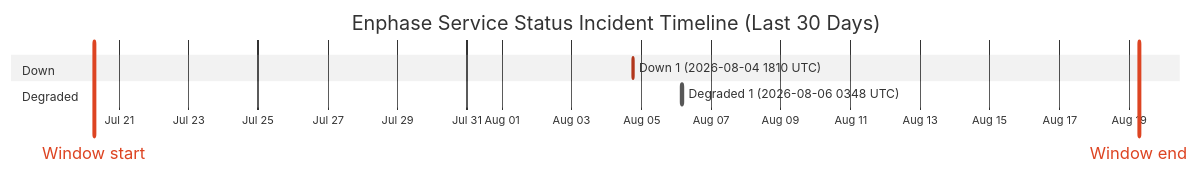
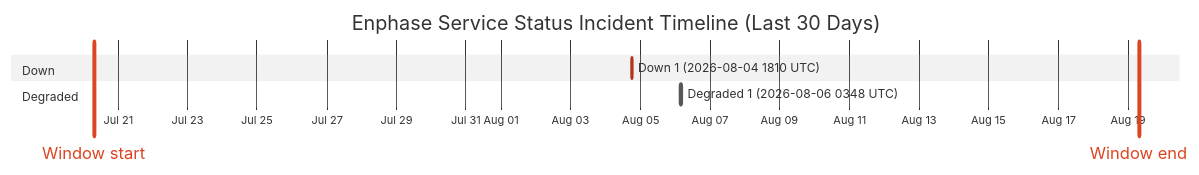
One commit to barneyonline/ha-enphase-energy changed the diagram in wiki/Service-Status-History.md. Above: the diagram before and after it, drawn with Mermaid (neutral theme). The commit also changed other lines of this file and 3 other files, not shown here.

````diff
--- a/wiki/Service-Status-History.md
+++ b/wiki/Service-Status-History.md
@@ -14,12 +14,12 @@
 ```mermaid
 gantt
     title Enphase Service Status Incident Timeline (Last 30 Days)
     dateFormat  YYYY-MM-DDTHH:mm:ss
     axisFormat  %b %d
-    Window start :vert, window-start, 2026-07-20T06:48:52, 0ms
-    Window end :vert, window-end, 2026-08-19T06:48:52, 0ms
+    Window start :vert, window-start, 2026-07-20T07:36:05, 0ms
+    Window end :vert, window-end, 2026-08-19T07:36:05, 0ms
     section Down
     Down 1 (2026-08-04 1810 UTC) :crit, down-1, 2026-08-04T18:10:46, 60m
     section Degraded
     Degraded 1 (2026-08-06 0348 UTC) :active, degraded-1, 2026-08-06T03:48:14, 60m
 ```
````
